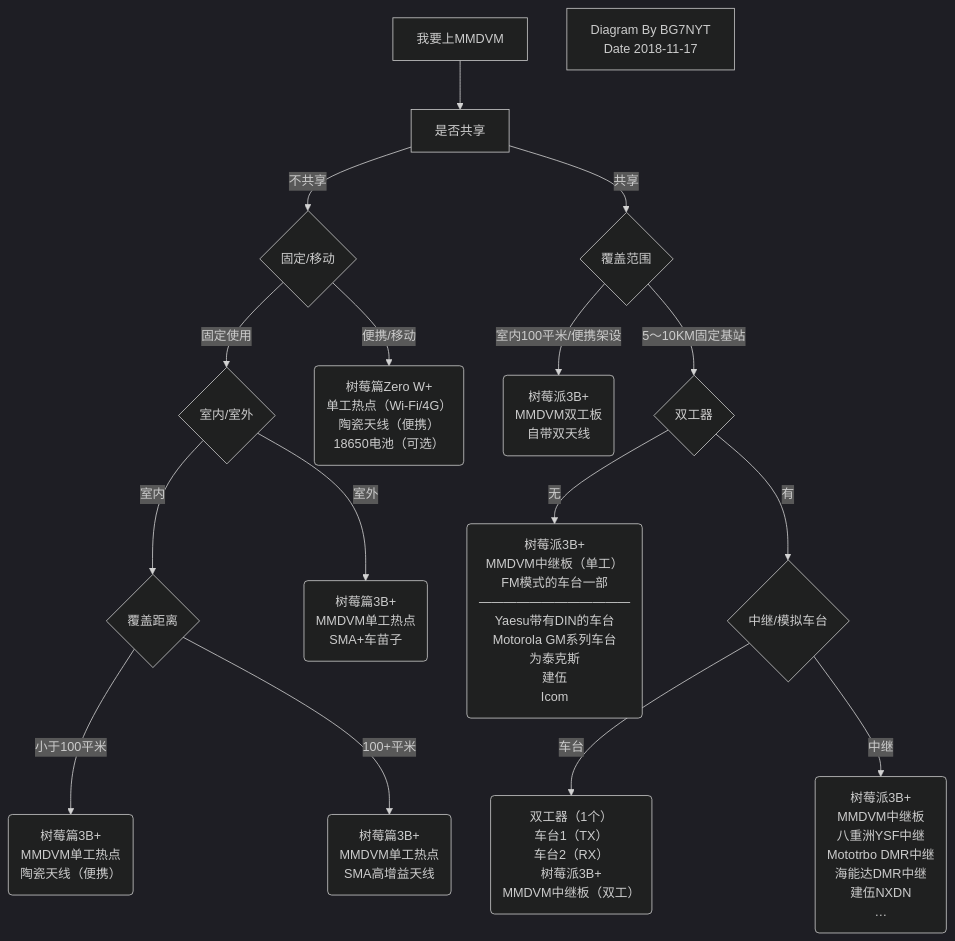
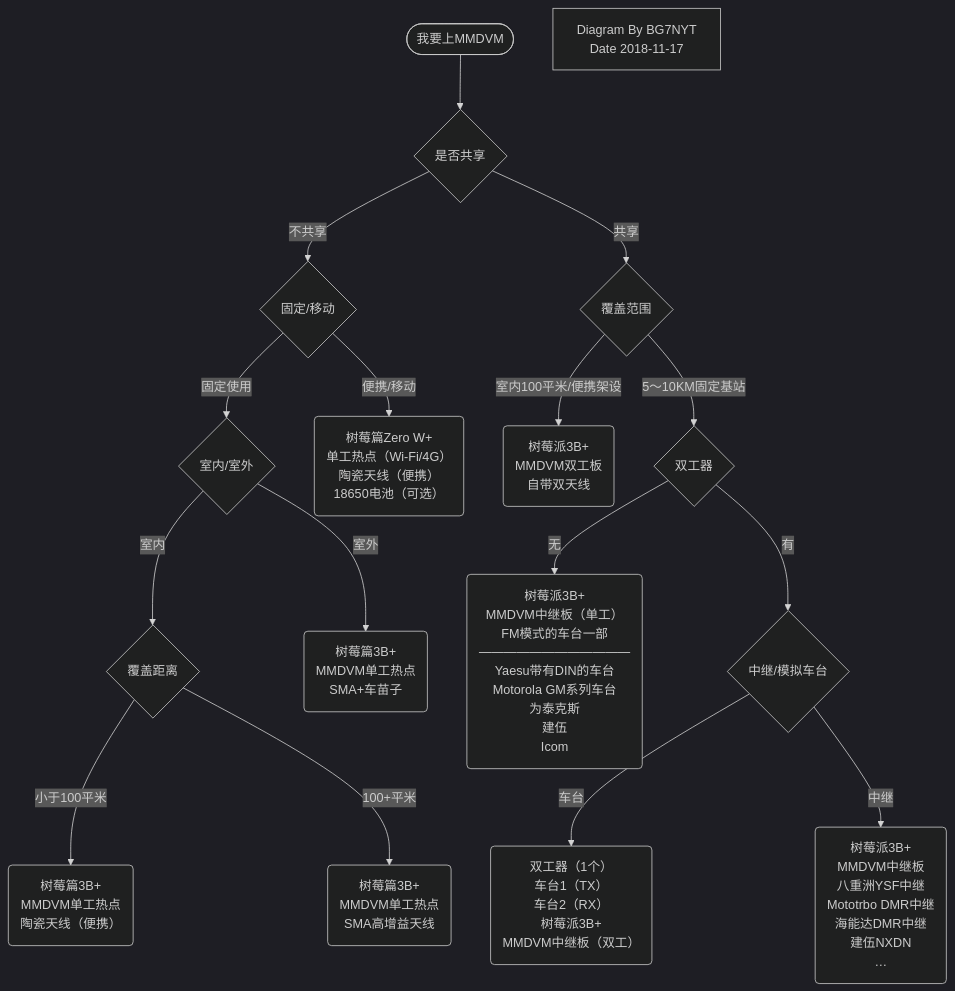
The diagram in docs/HamCQ手册/01.走进业余无线电/04.开始通联/05.其他玩法/02.互联网语音/05.数字语音网关高级设置.md (BloodBladeW/Hamcq_Handbook), drawn with Mermaid (dark theme) before and after one commit.

````diff
--- a/docs/HamCQ手册/01.走进业余无线电/04.开始通联/05.其他玩法/02.互联网语音/05.数字语音网关高级设置.md
+++ b/docs/HamCQ手册/01.走进业余无线电/04.开始通联/05.其他玩法/02.互联网语音/05.数字语音网关高级设置.md
@@ -217,19 +217,19 @@
 ```mermaid
 flowchart TD
-    我要上MMDVM-->是否共享
+    我要上MMDVM([我要上MMDVM])-->是否共享{是否共享}
     是否共享--不共享-->固定/移动{固定/移动}
     固定/移动--固定使用-->室内/室外{室内/室外}
     室内/室外--室内-->覆盖距离{覆盖距离}
     覆盖距离--小于100平米-->小型热点(树莓篇3B+<br>MMDVM单工热点<br>陶瓷天线（便携）)
     覆盖距离--100+平米-->中型热点(树莓篇3B+<br>MMDVM单工热点<br>SMA高增益天线)
     室内/室外--室外-->大型热点(树莓篇3B+<br>MMDVM单工热点<br>SMA+车苗子)
     固定/移动--便携/移动-->移动热点(树莓篇Zero W+<br>单工热点（Wi-Fi/4G）<br>陶瓷天线（便携）<br>18650电池（可选）)
     是否共享--共享-->覆盖范围{覆盖范围}
     覆盖范围--室内100平米/便携架设-->双工热点(树莓派3B+<br>MMDVM双工板<br>自带双天线)
     覆盖范围--5～10KM固定基站-->双工器{双工器}
     双工器--无-->车台(树莓派3B+<br>MMDVM中继板（单工）<br>FM模式的车台一部<br>————————————<br>Yaesu带有DIN的车台<br>Motorola GM系列车台<br>为泰克斯<br>建伍<br>Icom)
     双工器--有-->中继/模拟车台{中继/模拟车台}
     中继/模拟车台--车台-->自制中继(双工器（1个）<br>车台1（TX）<br>车台2（RX）<br>树莓派3B+<br>MMDVM中继板（双工）)
     中继/模拟车台--中继-->商品数字中继(树莓派3B+<br>MMDVM中继板<br>八重洲YSF中继<br>Mototrbo DMR中继<br>海能达DMR中继<br>建伍NXDN<br>…)
     Author[Diagram By BG7NYT<br>Date 2018-11-17]
 ```
````
